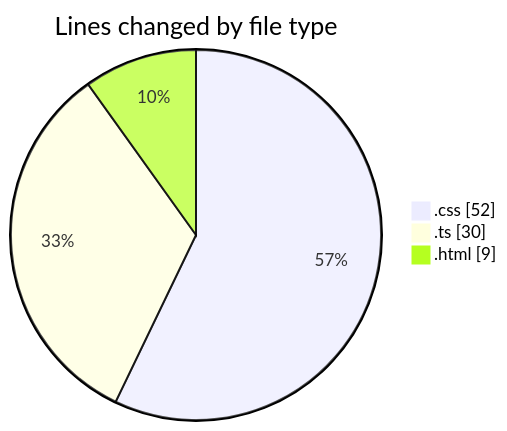
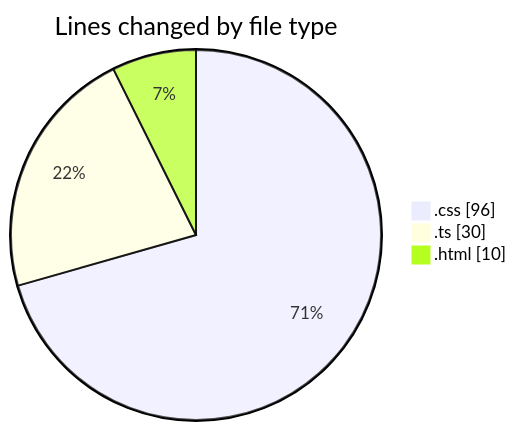
One commit to igalym/code-tracking changed the first of 2 diagrams in 2026-01-06/budget_front_nest/README.md. Above: the diagram before and after it, drawn with Mermaid. The commit also changed other lines of this file and 1 other file, not shown here.

````diff
--- a/2026-01-06/budget_front_nest/README.md
+++ b/2026-01-06/budget_front_nest/README.md
@@ -24,7 +24,7 @@
 ```mermaid
 pie showData
 title Lines changed by file type
-".css" : 52
+".css" : 96
 ".ts" : 30
-".html" : 9
+".html" : 10
 ```
````
